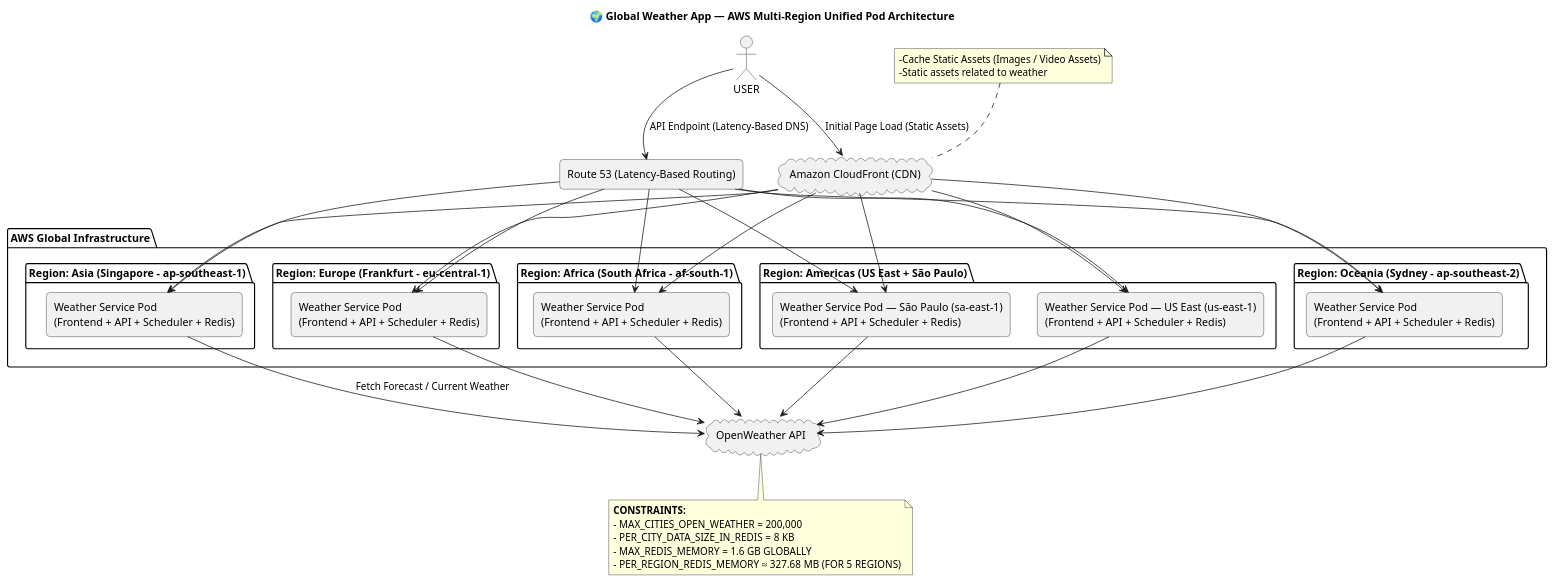
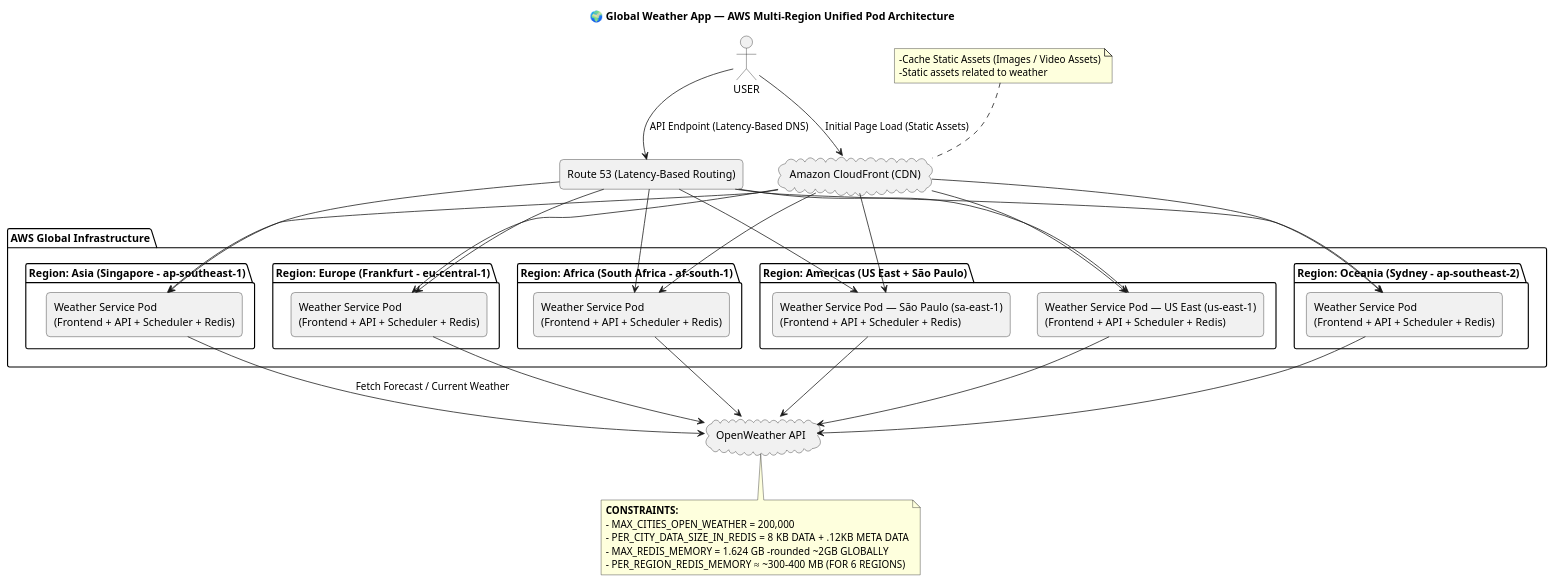
One commit to shivamnamdeo0101/weather-app changed the diagram in AWS_ARCH.puml. Above: the diagram before and after it, drawn with PlantUML. The commit also changed 3 other files, not shown here.

```diff
--- a/AWS_ARCH.puml
+++ b/AWS_ARCH.puml
@@ -1,115 +1,115 @@
 @startuml
 title 🌍 Global Weather App — AWS Multi-Region Unified Pod Architecture
 
 ' --- Layout Settings ---
 skinparam packagePadding 15
 skinparam rectangle {
     Shadowing false
     RoundCorner 10
     Padding 8
     MinWidth 180
 }
 skinparam database {
     Shadowing false
     RoundCorner 10
     Padding 8
     MinWidth 160
 }
 skinparam cloud {
     Shadowing false
 }
 
 actor USER
 cloud OPENWEATHER as "OpenWeather API"
 
 ' ===========================
 ' AWS GLOBAL INFRASTRUCTURE
 ' ===========================
 package "AWS Global Infrastructure" {
 
     ' -------- ASIA REGION --------
     package "Region: Asia (Singapore - ap-southeast-1)" {
         rectangle POD_ASIA as "Weather Service Pod\n(Frontend + API + Scheduler + Redis)"
     }
 
     ' -------- EUROPE REGION --------
     package "Region: Europe (Frankfurt - eu-central-1)" {
         rectangle POD_EU as "Weather Service Pod\n(Frontend + API + Scheduler + Redis)"
     }
 
     ' -------- AFRICA REGION --------
     package "Region: Africa (South Africa - af-south-1)" {
         rectangle POD_AF as "Weather Service Pod\n(Frontend + API + Scheduler + Redis)"
     }
 
     ' -------- AMERICAS REGION --------
     package "Region: Americas (US East + São Paulo)" {
         rectangle POD_US as "Weather Service Pod — US East (us-east-1)\n(Frontend + API + Scheduler + Redis)"
         rectangle POD_SA as "Weather Service Pod — São Paulo (sa-east-1)\n(Frontend + API + Scheduler + Redis)"
     }
 
     ' -------- OCEANIA REGION --------
     package "Region: Oceania (Sydney - ap-southeast-2)" {
         rectangle POD_OC as "Weather Service Pod\n(Frontend + API + Scheduler + Redis)"
     }
 }
 
 ' ===========================
 ' GLOBAL SERVICES
 ' ===========================
 cloud CF as "Amazon CloudFront (CDN)"
 
 note top of CF
 -Cache Static Assets (Images / Video Assets)
 -Static assets related to weather
 end note
 
 
 rectangle R53 as "Route 53 (Latency-Based Routing)"
 
 ' ===========================
 ' GLOBAL CONNECTION FLOW
 ' ===========================
 
 USER --> CF : Initial Page Load (Static Assets)
 USER --> R53 : API Endpoint (Latency-Based DNS)
 
 ' CloudFront → Regional Pods (Frontend)
 CF --> POD_ASIA
 CF --> POD_EU
 CF --> POD_AF
 CF --> POD_US
 CF --> POD_SA
 CF --> POD_OC
 
 ' Route 53 → Regional Pods (API Traffic)
 R53 --> POD_ASIA
 R53 --> POD_EU
 R53 --> POD_AF
 R53 --> POD_US
 R53 --> POD_SA
 R53 --> POD_OC
 
 ' ===========================
 ' REGIONAL DATA FLOW
 ' ===========================
 
 POD_ASIA --> OPENWEATHER : Fetch Forecast / Current Weather
 POD_EU --> OPENWEATHER
 POD_AF --> OPENWEATHER
 POD_US --> OPENWEATHER
 POD_SA --> OPENWEATHER
 POD_OC --> OPENWEATHER
 
 ' ===========================
 ' SYSTEM CONSTRAINTS
 ' ===========================
 note bottom of OPENWEATHER
 <b>CONSTRAINTS:</b>
 - MAX_CITIES_OPEN_WEATHER = 200,000
-- PER_CITY_DATA_SIZE_IN_REDIS = 8 KB
-- MAX_REDIS_MEMORY = 1.6 GB GLOBALLY
-- PER_REGION_REDIS_MEMORY ≈ 327.68 MB (FOR 5 REGIONS)
+- PER_CITY_DATA_SIZE_IN_REDIS = 8 KB DATA + .12KB META DATA
+- MAX_REDIS_MEMORY = 1.624 GB -rounded ~2GB GLOBALLY
+- PER_REGION_REDIS_MEMORY ≈ ~300–400 MB (FOR 6 REGIONS)
 end note
 
 @enduml
```
